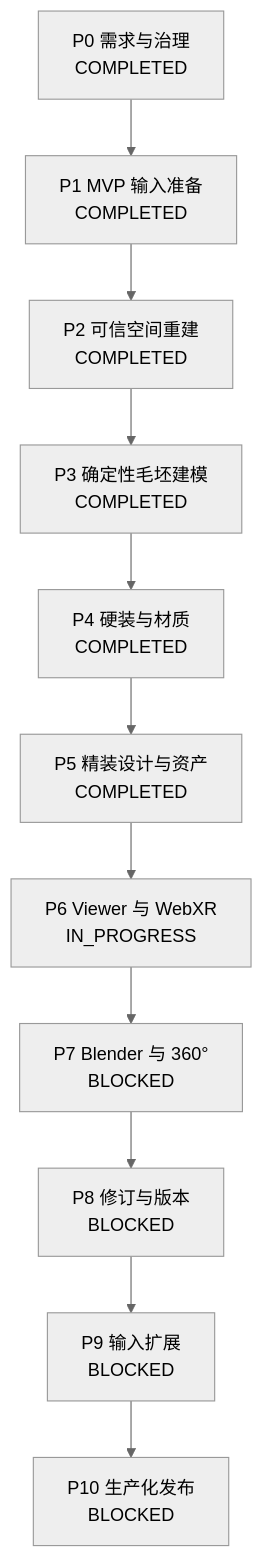
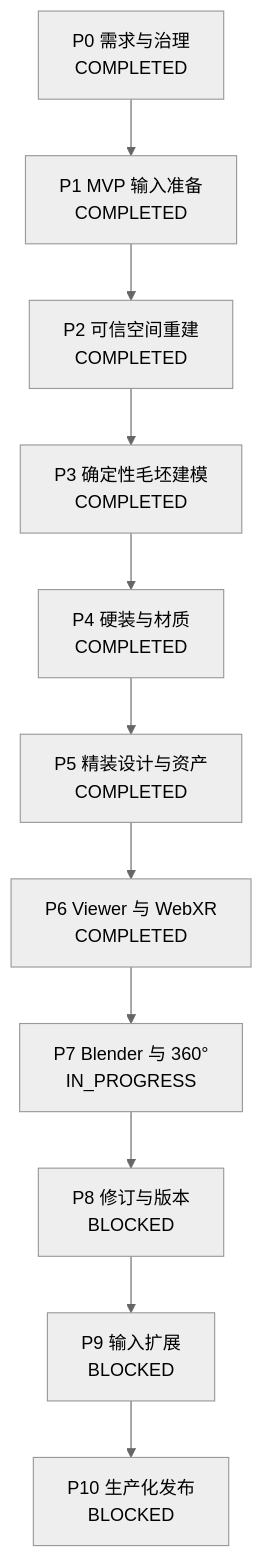
The second of 2 diagrams in 需求文档.md (keson-skill/VR-3D-Skill), drawn with Mermaid (neutral theme) before and after one commit. The commit also changed other lines of this file and 15 other files, not shown here.

Commit message:
feat: complete P6 Viewer and WebXR gate

````diff
--- a/需求文档.md
+++ b/需求文档.md
@@ -438,13 +438,13 @@
 ```mermaid
 flowchart TD
     P0["P0 需求与治理<br/>COMPLETED"] --> P1["P1 MVP 输入准备<br/>COMPLETED"]
     P1 --> P2["P2 可信空间重建<br/>COMPLETED"]
     P2 --> P3["P3 确定性毛坯建模<br/>COMPLETED"]
     P3 --> P4["P4 硬装与材质<br/>COMPLETED"]
     P4 --> P5["P5 精装设计与资产<br/>COMPLETED"]
-    P5 --> P6["P6 Viewer 与 WebXR<br/>IN_PROGRESS"]
-    P6 --> P7["P7 Blender 与 360°<br/>BLOCKED"]
+    P5 --> P6["P6 Viewer 与 WebXR<br/>COMPLETED"]
+    P6 --> P7["P7 Blender 与 360°<br/>IN_PROGRESS"]
     P7 --> P8["P8 修订与版本<br/>BLOCKED"]
     P8 --> P9["P9 输入扩展<br/>BLOCKED"]
     P9 --> P10["P10 生产化发布<br/>BLOCKED"]
 ```
````
